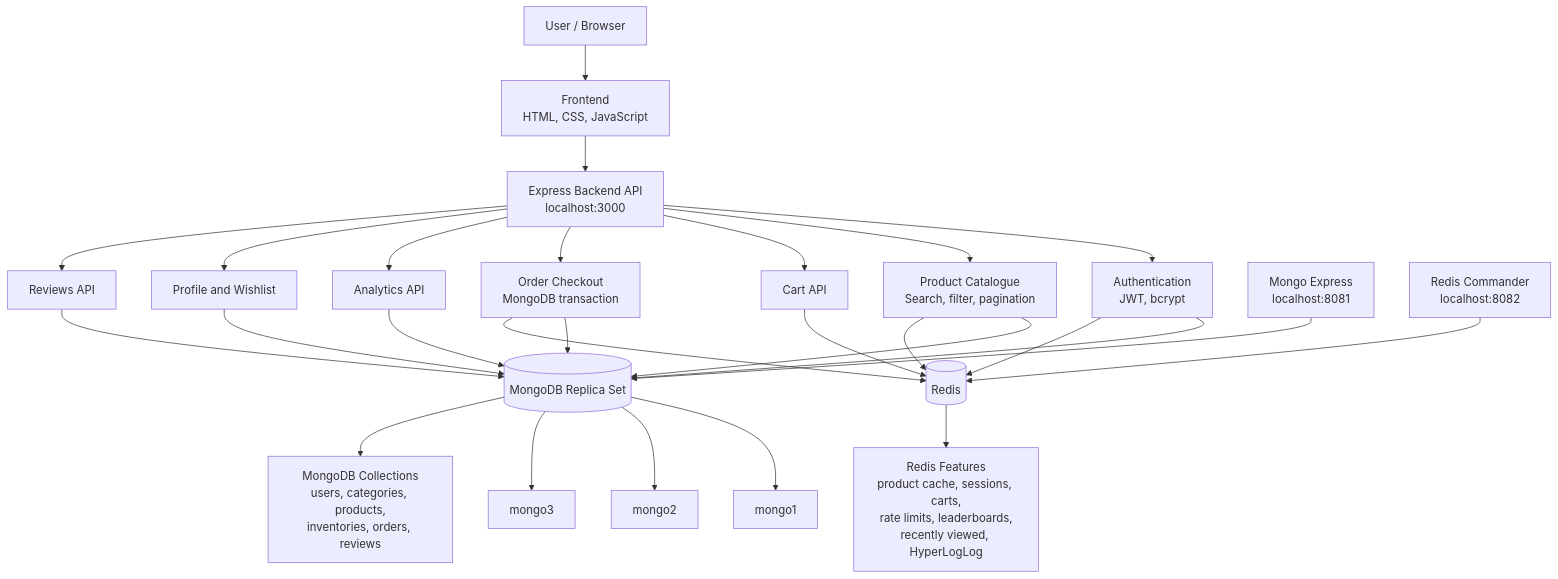
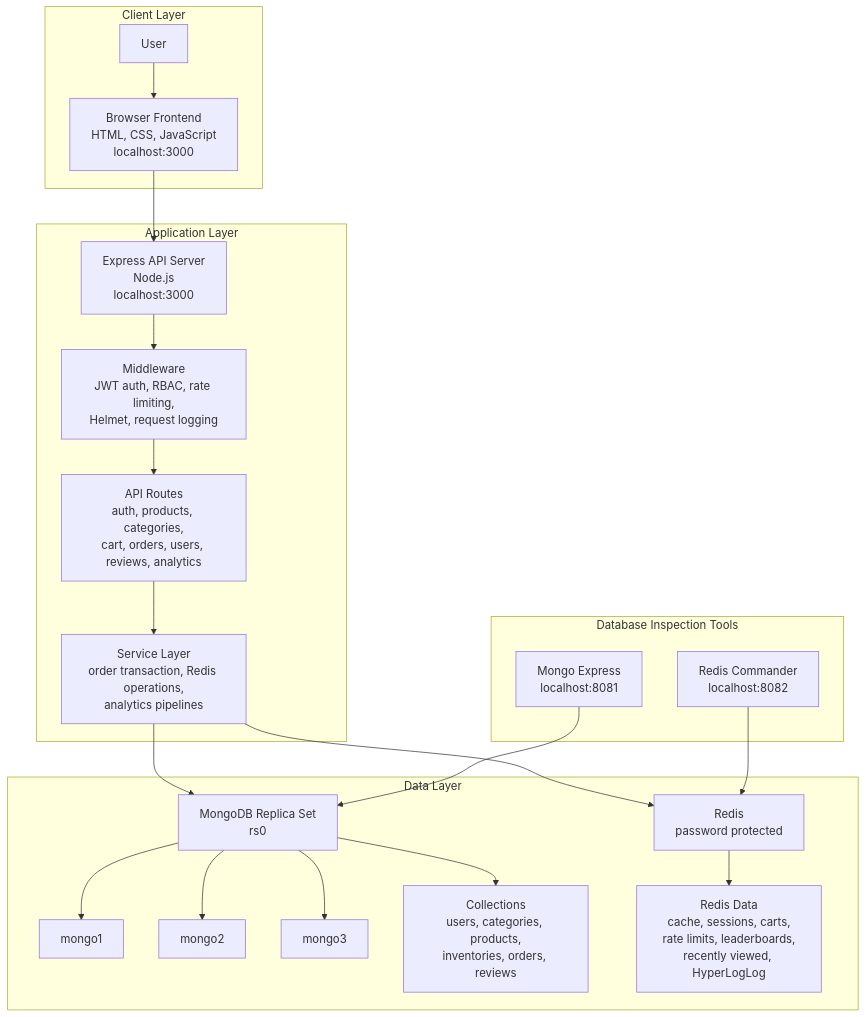
One commit to liberationzany/DBS302_assignment changed the diagram in docs/system-architecture.md. Above: the diagram before and after it, drawn with Mermaid. The commit also changed other lines of this file and 2 other files, not shown here.

Commit message:
docs: polish production architecture diagram

````diff
--- a/docs/system-architecture.md
+++ b/docs/system-architecture.md
@@ -8,36 +8,44 @@
 ```mermaid
 flowchart TB
-  User[User / Browser] --> Frontend[Frontend<br/>HTML, CSS, JavaScript]
-  Frontend --> API[Express Backend API<br/>localhost:3000]
+  subgraph Client["Client Layer"]
+    User["User"]
+    Browser["Browser Frontend<br/>HTML, CSS, JavaScript<br/>localhost:3000"]
+    User --> Browser
+  end
 
-  API --> Auth[Authentication<br/>JWT, bcrypt]
-  API --> Catalogue[Product Catalogue<br/>Search, filter, pagination]
-  API --> Cart[Cart API]
-  API --> Checkout[Order Checkout<br/>MongoDB transaction]
-  API --> Reports[Analytics API]
-  API --> Profile[Profile and Wishlist]
-  API --> Reviews[Reviews API]
+  subgraph App["Application Layer"]
+    API["Express API Server<br/>Node.js<br/>localhost:3000"]
+    Routes["API Routes<br/>auth, products, categories,<br/>cart, orders, users, reviews, analytics"]
+    Middleware["Middleware<br/>JWT auth, RBAC, rate limiting,<br/>Helmet, request logging"]
+    Services["Service Layer<br/>order transaction, Redis operations,<br/>analytics pipelines"]
+    API --> Middleware
+    Middleware --> Routes
+    Routes --> Services
+  end
 
-  Auth --> Mongo[(MongoDB Replica Set)]
-  Catalogue --> Mongo
-  Checkout --> Mongo
-  Reports --> Mongo
-  Profile --> Mongo
-  Reviews --> Mongo
+  subgraph Data["Data Layer"]
+    Mongo["MongoDB Replica Set<br/>rs0"]
+    Mongo1["mongo1"]
+    Mongo2["mongo2"]
+    Mongo3["mongo3"]
+    Collections["Collections<br/>users, categories, products,<br/>inventories, orders, reviews"]
+    Redis["Redis<br/>password protected"]
+    RedisData["Redis Data<br/>cache, sessions, carts,<br/>rate limits, leaderboards,<br/>recently viewed, HyperLogLog"]
+    Mongo --> Mongo1
+    Mongo --> Mongo2
+    Mongo --> Mongo3
+    Mongo --> Collections
+    Redis --> RedisData
+  end
 
-  Auth --> Redis[(Redis)]
-  Catalogue --> Redis
-  Cart --> Redis
-  Checkout --> Redis
+  subgraph Tools["Database Inspection Tools"]
+    MongoExpress["Mongo Express<br/>localhost:8081"]
+    RedisCommander["Redis Commander<br/>localhost:8082"]
+  end
 
-  Mongo --> M1[mongo1]
-  Mongo --> M2[mongo2]
-  Mongo --> M3[mongo3]
-
-  Mongo --> Collections[MongoDB Collections<br/>users, categories, products,<br/>inventories, orders, reviews]
-
-  Redis --> RedisFeatures[Redis Features<br/>product cache, sessions, carts,<br/>rate limits, leaderboards,<br/>recently viewed, HyperLogLog]
-
-  MongoExpress[Mongo Express<br/>localhost:8081] --> Mongo
-  RedisCommander[Redis Commander<br/>localhost:8082] --> Redis
+  Browser --> API
+  Services --> Mongo
+  Services --> Redis
+  MongoExpress --> Mongo
+  RedisCommander --> Redis
 ```
````
